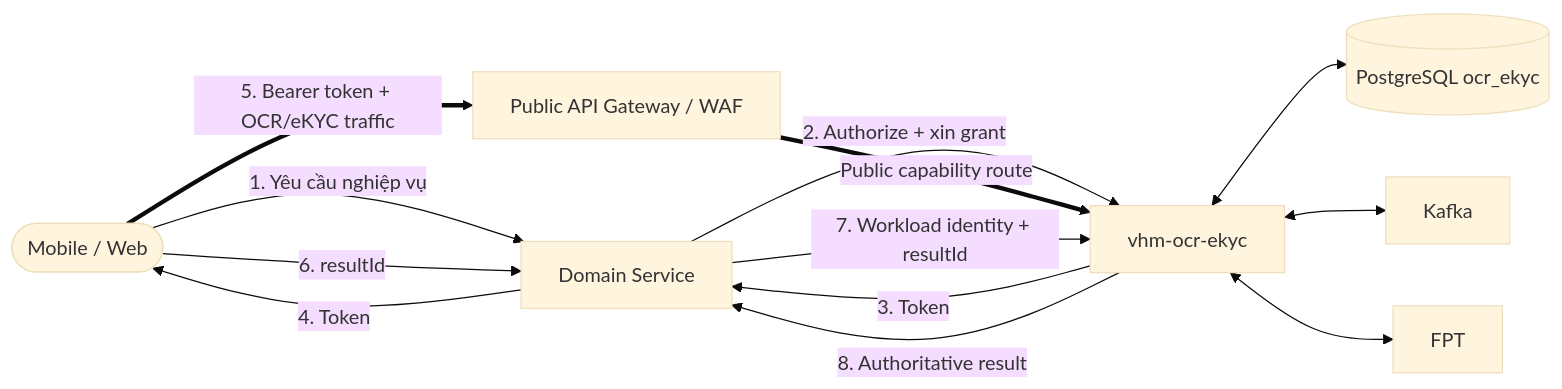
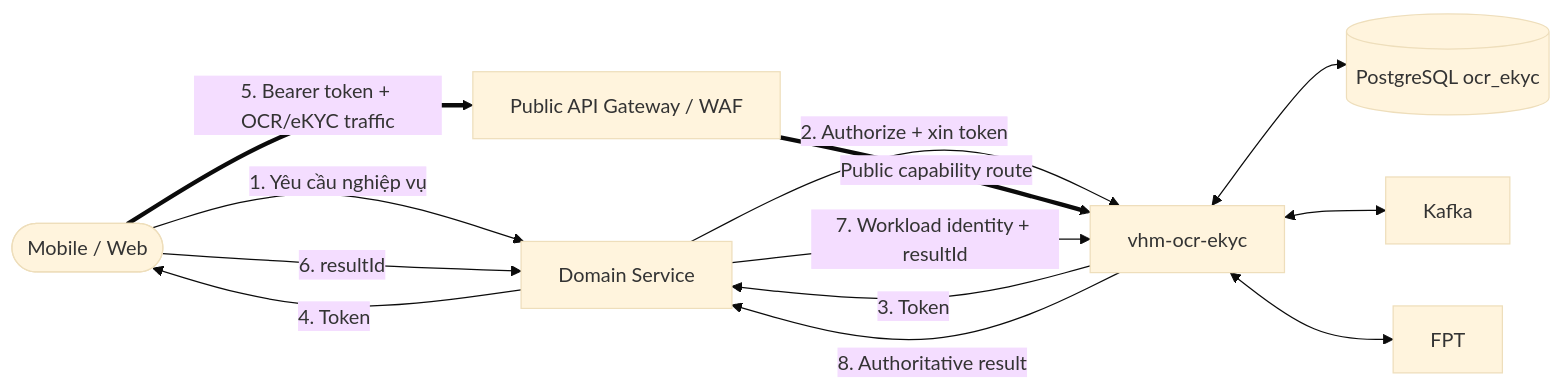
One commit to huynv-xyz/vhm changed the first of 6 diagrams in tdd-ocr-ekyc-delegated-client-flow.md. Above: the diagram before and after it, drawn with Mermaid (base theme). The commit also changed other lines of this file, not shown here.

````diff
--- a/tdd-ocr-ekyc-delegated-client-flow.md
+++ b/tdd-ocr-ekyc-delegated-client-flow.md
@@ -106,25 +106,25 @@
 ```mermaid
 flowchart LR
     CLIENT([Mobile / Web])
     DOMAIN[Domain Service]
     EDGE[Public API Gateway / WAF]
     OCR_EKYC[vhm-ocr-ekyc]
     DB[(PostgreSQL ocr_ekyc)]
     KAFKA[Kafka]
     FPT[FPT]
 
     CLIENT -->|1. Yêu cầu nghiệp vụ| DOMAIN
-    DOMAIN -->|2. Authorize + xin grant| OCR_EKYC
+    DOMAIN -->|2. Authorize + xin token| OCR_EKYC
     OCR_EKYC -->|3. Token| DOMAIN
     DOMAIN -->|4. Token| CLIENT
 
     CLIENT ==>|5. Bearer token + OCR/eKYC traffic| EDGE
     EDGE ==>|Public capability route| OCR_EKYC
     OCR_EKYC <--> DB
     OCR_EKYC <--> KAFKA
     OCR_EKYC <--> FPT
 
     CLIENT -->|6. resultId| DOMAIN
     DOMAIN -->|7. Workload identity + resultId| OCR_EKYC
     OCR_EKYC -->|8. Authoritative result| DOMAIN
 ```
````
